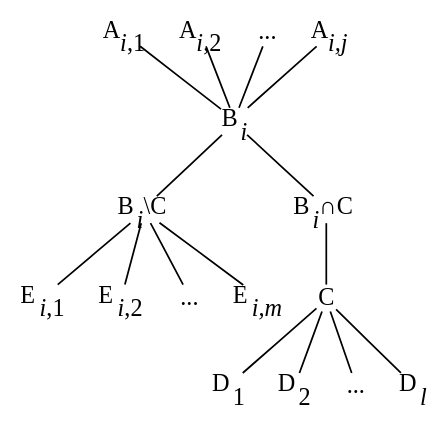
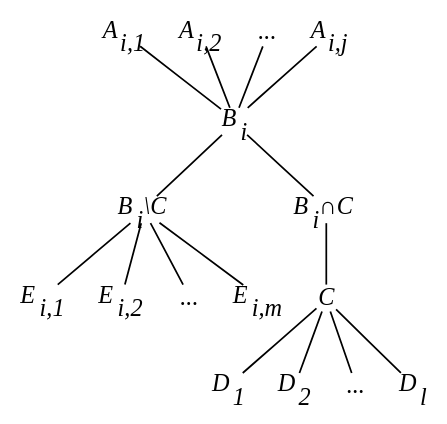
The diagram in owl-close-world/step1.dot (opencaesar/owl-tools), drawn with Graphviz before and after one commit. The commit also changed 38 other files, not shown here.

```diff
--- a/owl-close-world/step1.dot
+++ b/owl-close-world/step1.dot
@@ -1,53 +1,53 @@
 digraph step1 {
     rankdir = "BT"
-    node [shape = plain]
+    node [fontname = "Times-Italic" shape = plain]
     edge [arrowhead = none]
 
     ai1 [label = <A<SUB><I>i</I>,1</SUB>>]
     ai2 [label = <A<SUB><I>i</I>,2</SUB>>]
     aidots [label = "..."]
     aij [label = <A<SUB><I>i,j</I></SUB>>]
     
     bi [label = <B<SUB><I>i</I></SUB>>]
     bimc [label = <B<SUB><I>i</I></SUB>\\C>]
     biic [label = <B<SUB><I>i</I></SUB>&cap;C>]
 
     c [label = "C"]
     
     d1 [label = <D<SUB>1</SUB>>]
     d2 [label = <D<SUB>2</SUB>>]
     ddots [label = "..."]
     dl [label = <D<SUB><I>l</I></SUB>>]
 
     ei1 [label = <E<SUB><I>i</I>,1</SUB>>]
     ei2 [label = <E<SUB><I>i</I>,2</SUB>>]
     eidots [label = "..."]
     eim [label = <E<SUB><I>i,m</I></SUB>>]
     
     bi -> ai1
     bi -> ai2
     bi -> aidots
     bi -> aij
 
     bimc -> bi
     biic -> bi
     
     c -> biic
 
     d1 -> c
     d2 -> c
     ddots -> c
     dl -> c
 
     ei1 -> bimc
     ei2 -> bimc
     eidots -> bimc
     eim -> bimc
 
     node [style = invis]
     edge [style = invis]
     rank = same { ai1 -> ai2 -> aidots -> aij }
     rank = same { bimc -> invis -> biic }
     rank = same { ei1 -> ei2 -> eidots -> eim -> c }
     rank = same { d1 -> d2 -> ddots -> dl }
 }
```
